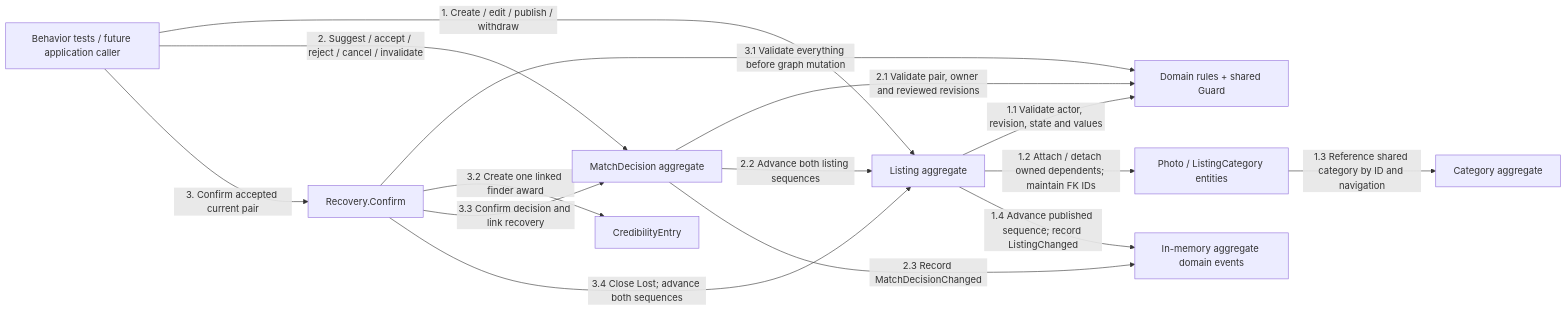
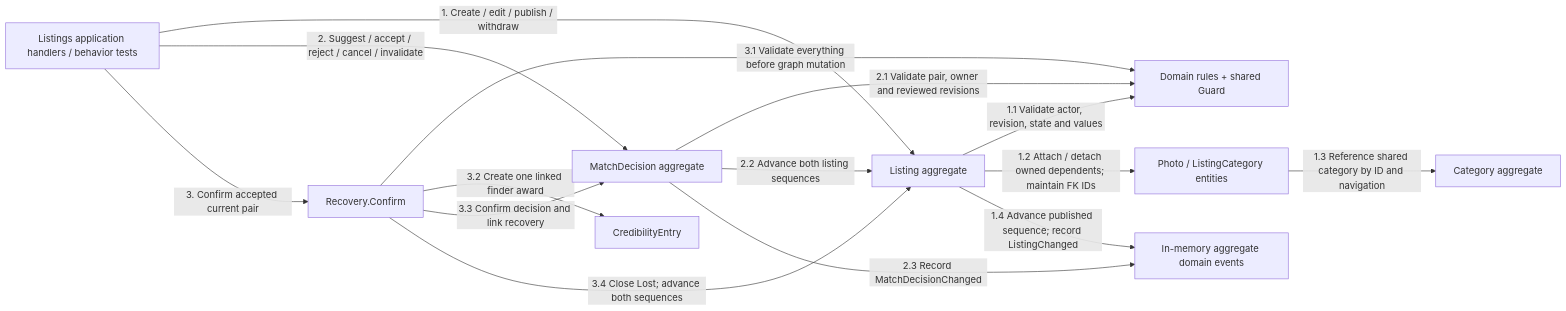
Diagram 12 of 14 in src/Services/Listings/COMMUNICATION.md (bogdan-spilevoi/ASET-master-year-1), drawn with Mermaid before and after one commit. The commit also changed other lines of this file and 147 other files, not shown here.

````diff
--- a/src/Services/Listings/COMMUNICATION.md
+++ b/src/Services/Listings/COMMUNICATION.md
@@ -306,26 +375,26 @@
 ```mermaid
 flowchart LR
-    Caller["Behavior tests / future application caller"]
+    Caller["Listings application handlers / behavior tests"]
     Listing["Listing aggregate"]
     Children["Photo / ListingCategory entities"]
     Catalog["Category aggregate"]
     Guards["Domain rules + shared Guard"]
     Decision["MatchDecision aggregate"]
     Recovery["Recovery.Confirm"]
     Award["CredibilityEntry"]
     Events["In-memory aggregate domain events"]
     Caller -->|"1. Create / edit / publish / withdraw"| Listing
     Listing -->|"1.1 Validate actor, revision, state and values"| Guards
     Listing -->|"1.2 Attach / detach owned dependents; maintain FK IDs"| Children
     Children -->|"1.3 Reference shared category by ID and navigation"| Catalog
     Listing -->|"1.4 Advance published sequence; record ListingChanged"| Events
     Caller -->|"2. Suggest / accept / reject / cancel / invalidate"| Decision
     Decision -->|"2.1 Validate pair, owner and reviewed revisions"| Guards
     Decision -->|"2.2 Advance both listing sequences"| Listing
     Decision -->|"2.3 Record MatchDecisionChanged"| Events
     Caller -->|"3. Confirm accepted current pair"| Recovery
     Recovery -->|"3.1 Validate everything before graph mutation"| Guards
     Recovery -->|"3.2 Create one linked finder award"| Award
     Recovery -->|"3.3 Confirm decision and link recovery"| Decision
     Recovery -->|"3.4 Close Lost; advance both sequences"| Listing
 ```
````
